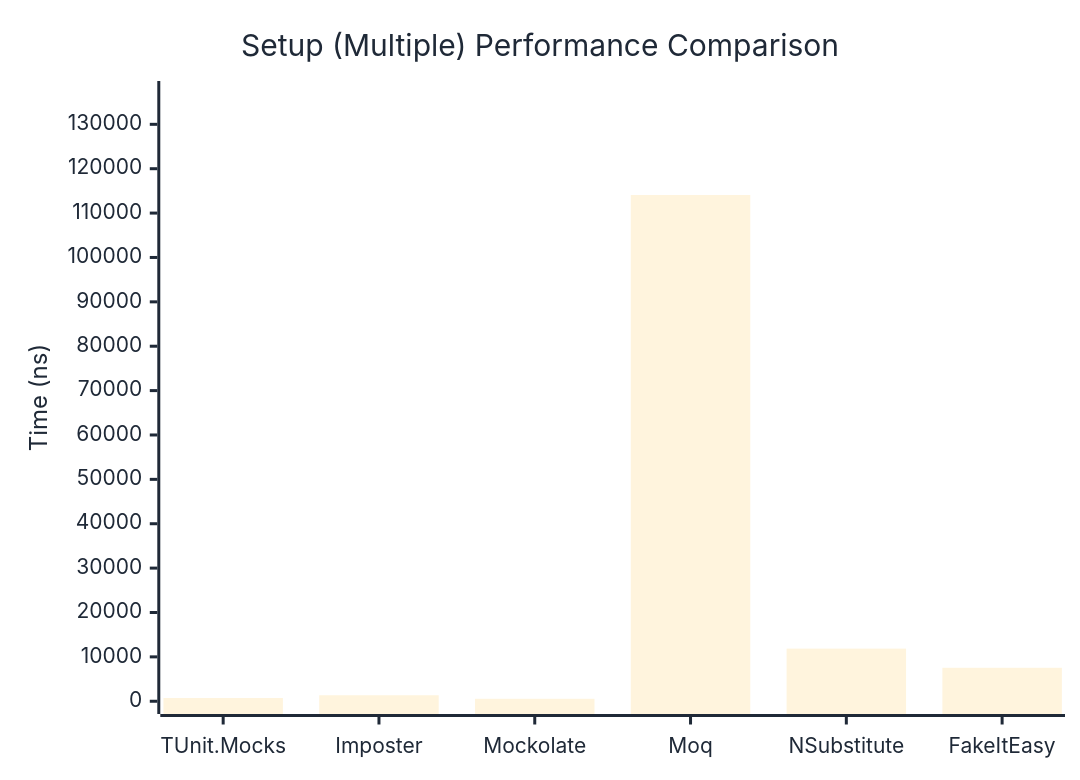
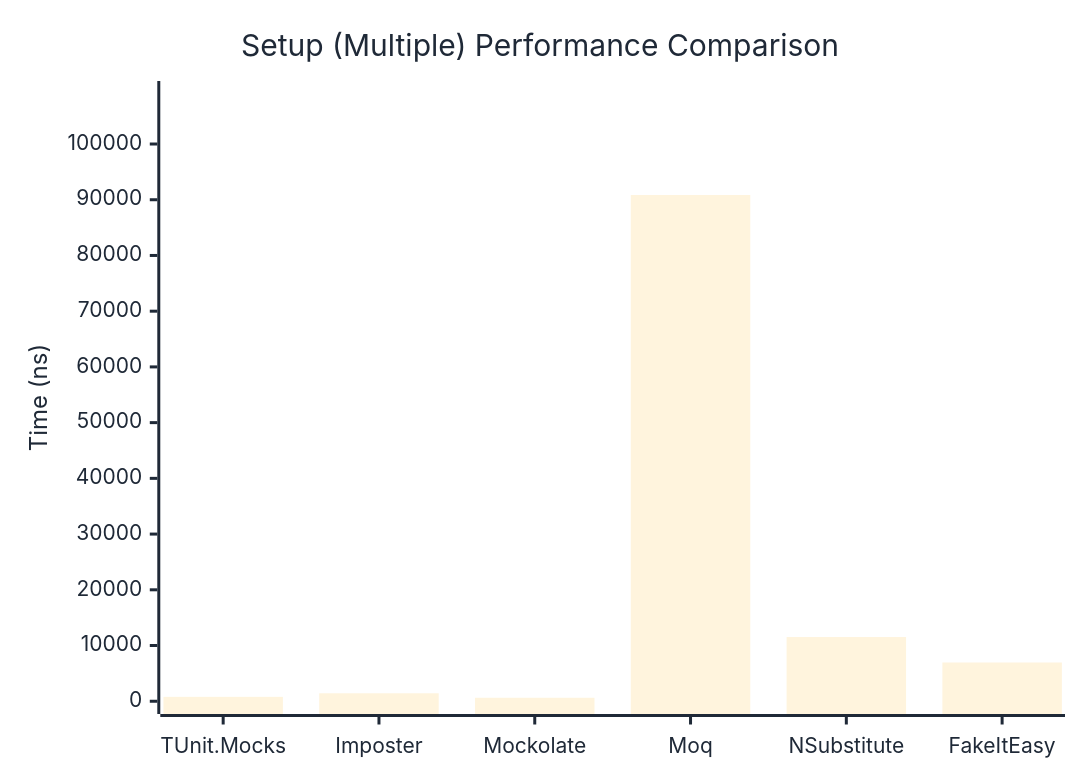
The second of 2 diagrams in docs/docs/benchmarks/mocks/Setup.md (thomhurst/TUnit), drawn with Mermaid before and after one commit. The commit also changed other lines of this file and 14 other files, not shown here.

````diff
--- a/docs/docs/benchmarks/mocks/Setup.md
+++ b/docs/docs/benchmarks/mocks/Setup.md
@@ -71,27 +71,27 @@
 ```mermaid
 %%{init: {
   'theme':'base',
   'themeVariables': {
     'primaryColor': '#2563eb',
     'primaryTextColor': '#1f2937',
     'primaryBorderColor': '#1e40af',
     'lineColor': '#6b7280',
     'secondaryColor': '#7c3aed',
     'tertiaryColor': '#dc2626',
     'background': '#ffffff',
     'pie1': '#2563eb',
     'pie2': '#7c3aed',
     'pie3': '#dc2626',
     'pie4': '#f59e0b',
     'pie5': '#10b981',
     'pie6': '#06b6d4',
     'pie7': '#ec4899',
     'pie8': '#6366f1'
   }
 }}%%
 xychart-beta
   title "Setup (Multiple) Performance Comparison"
   x-axis ["TUnit.Mocks", "Imposter", "Mockolate", "Moq", "NSubstitute", "FakeItEasy"]
-  y-axis "Time (ns)" 0 --> 136890
-  bar [726.3, 1351.4, 552.8, 114074.6, 11859.4, 7540.5]
+  y-axis "Time (ns)" 0 --> 109020
+  bar [788.3, 1432.2, 624.7, 90849.7, 11523.9, 6955]
 ```
````
